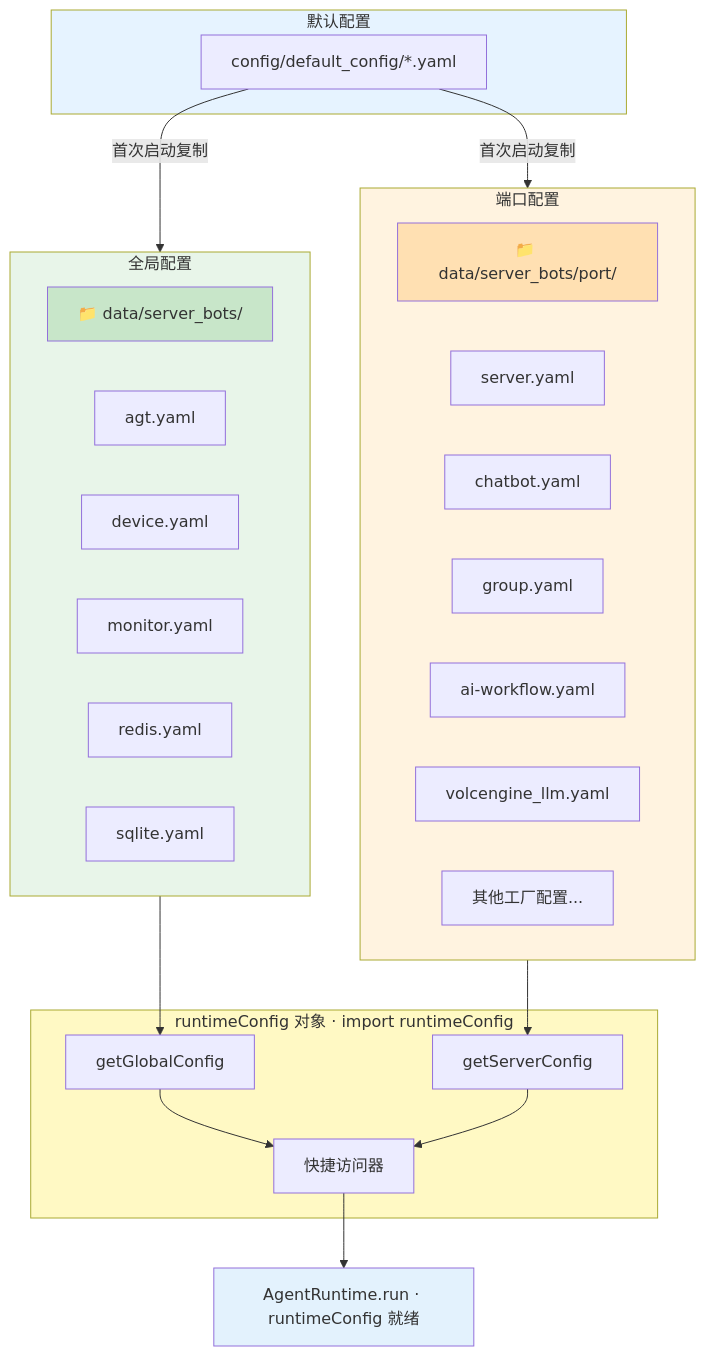
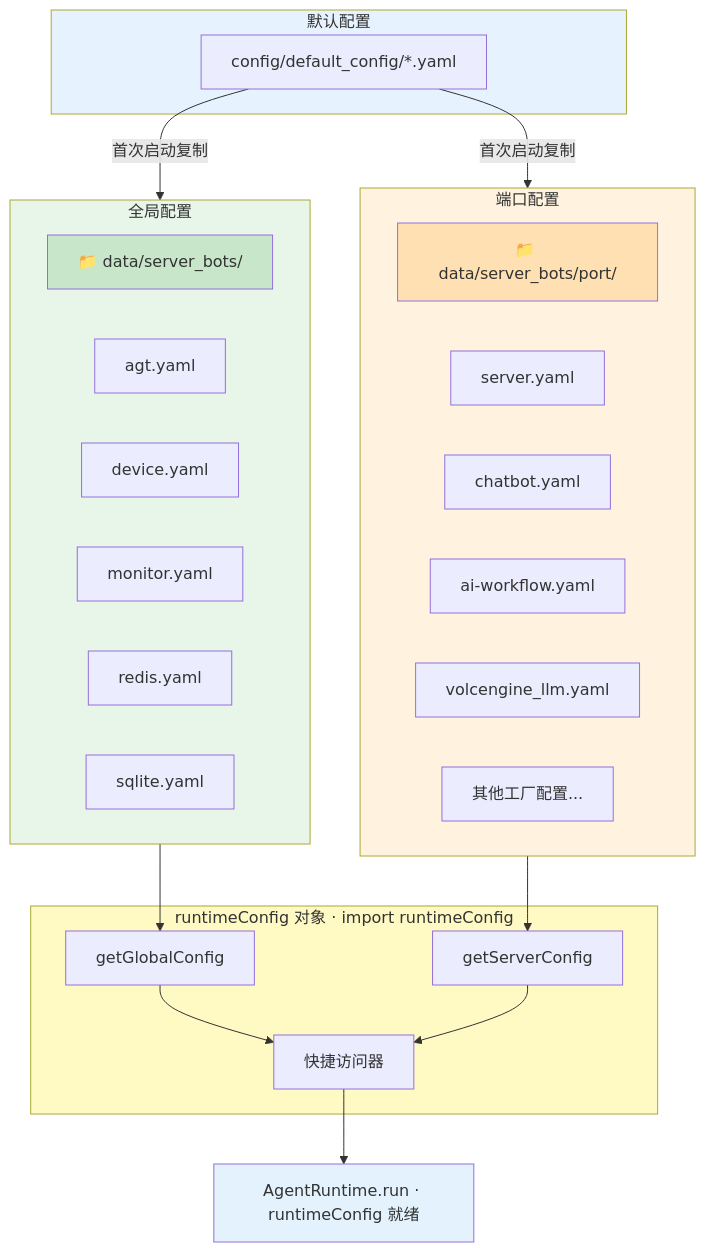
One commit to sunflowermm/XRK-AGT changed the first of 8 diagrams in docs/app-dev.md. Above: the diagram before and after it, drawn with Mermaid. The commit also changed other lines of this file and 54 other files, not shown here.

````diff
--- a/docs/app-dev.md
+++ b/docs/app-dev.md
@@ -33,47 +33,46 @@
 ```mermaid
 flowchart TB
     subgraph Default["默认配置"]
         D1["config/default_config/*.yaml"]
     end
 
     subgraph Global["全局配置"]
         pathG["📁 data/server_bots/"]
         G1["agt.yaml"]
         G2["device.yaml"]
         G3["monitor.yaml"]
         G4["redis.yaml"]
         G5["sqlite.yaml"]
     end
 
     subgraph Server["端口配置"]
         pathS["📁 data/server_bots/port/"]
         S1["server.yaml"]
         S2["chatbot.yaml"]
-        S3["group.yaml"]
         S4["ai-workflow.yaml"]
         S5["volcengine_llm.yaml"]
         S6["其他工厂配置..."]
     end
 
     subgraph Cfg["runtimeConfig 对象 · import runtimeConfig"]
         C1["getGlobalConfig"]
         C2["getServerConfig"]
         C3["快捷访问器"]
     end
 
     D1 -->|首次启动复制| Global
     D1 -->|首次启动复制| Server
     Global --> C1
     Server --> C2
     C1 --> C3
     C2 --> C3
     C3 --> AgentRuntime["AgentRuntime.run · runtimeConfig 就绪"]
 
     style Default fill:#E6F3FF
     style Global fill:#E8F5E9
     style Server fill:#FFF3E0
     style Cfg fill:#FFF9C4
     style AgentRuntime fill:#E3F2FD
     style pathG fill:#C8E6C9
     style pathS fill:#FFE0B2
 ```
````
